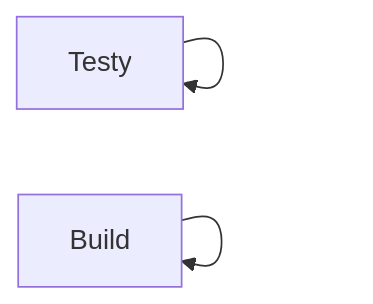
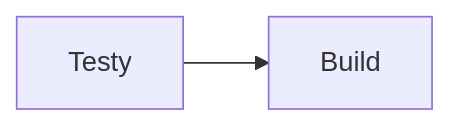
One commit to SmoQx/gitlab_env changed the diagram in README.md. Above: the diagram before and after it, drawn with Mermaid.

````diff
--- a/README.md
+++ b/README.md
@@ -91,5 +91,4 @@
 ```mermaid
 graph LR
-A --> A[Testy]
-B --> B[Build]
+A[Testy] --> B[Build]
 ```
````
